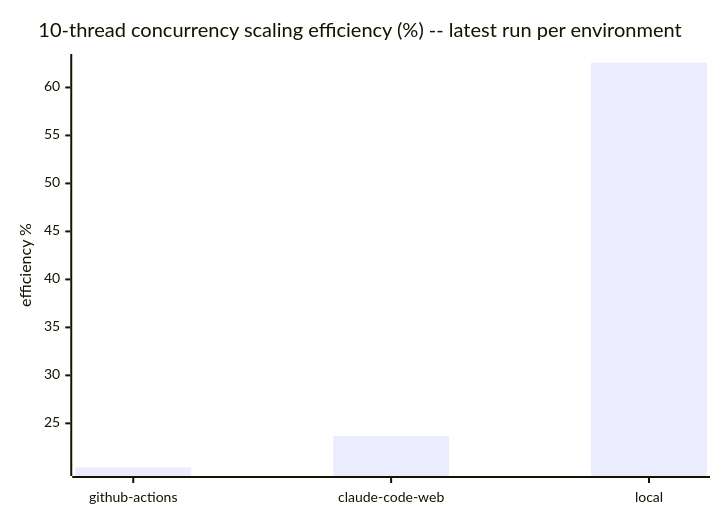
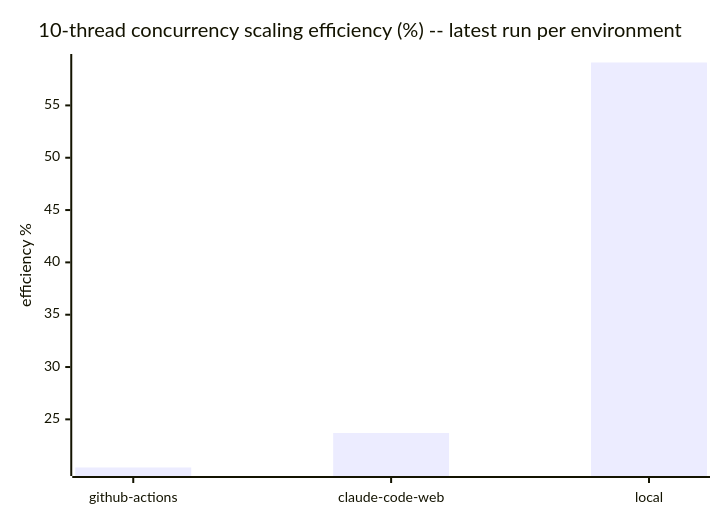
The fifth of 5 diagrams in docs/benchmarks/README.md (cpb/duckling), drawn with Mermaid before and after one commit. The commit also changed other lines of this file and 3 other files, not shown here.

````diff
--- a/docs/benchmarks/README.md
+++ b/docs/benchmarks/README.md
@@ -143,7 +143,7 @@
 ```mermaid
 xychart-beta
     title "10-thread concurrency scaling efficiency (%) -- latest run per environment"
     x-axis [github-actions, claude-code-web, local]
     y-axis "efficiency %"
-    bar "efficiency_pct" [20.4, 23.7, 62.6]
+    bar "efficiency_pct" [20.4, 23.7, 59.1]
 ```
````
